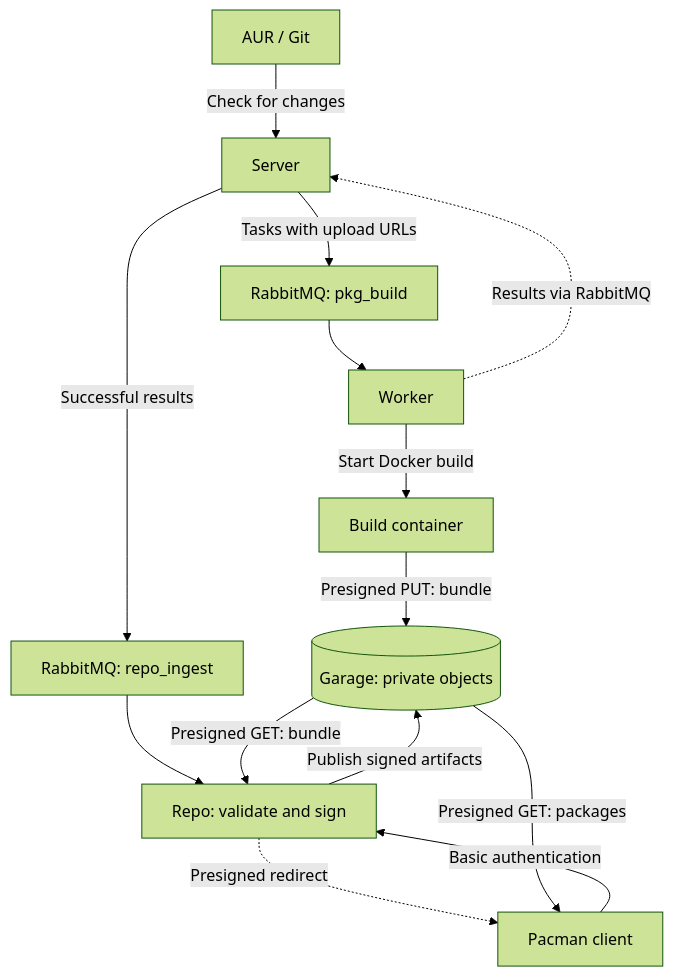
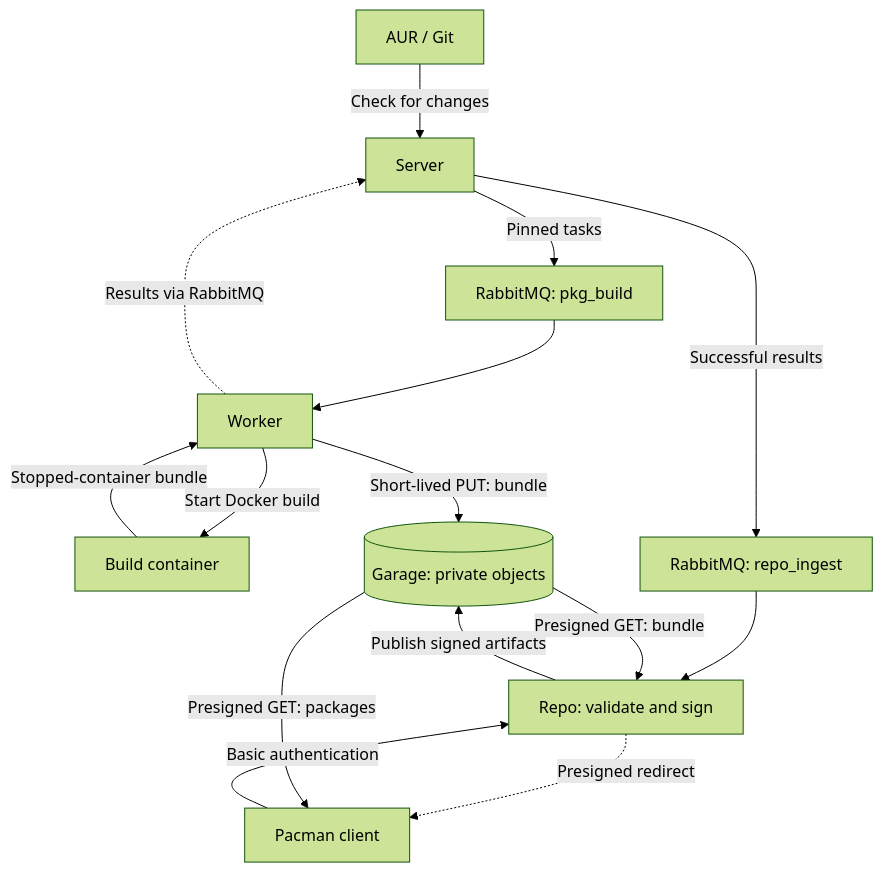
One commit to neferin12/aur-builder changed the diagram in docs/guide/architecture.md. Above: the diagram before and after it, drawn with Mermaid (forest theme). The commit also changed other lines of this file and 111 other files, not shown here.

````diff
--- a/docs/guide/architecture.md
+++ b/docs/guide/architecture.md
@@ -5,19 +5,20 @@
 ```mermaid
 flowchart TB
     accTitle: AUR Builder architecture
-    accDescr: The server schedules Docker builds through RabbitMQ. Build containers upload private bundles to Garage. The repo service validates, signs and publishes packages. Authenticated pacman clients receive signed redirects to Garage.
+    accDescr: The server schedules Docker builds through RabbitMQ. Workers collect completed bundles and upload them to Garage. The repo service validates, signs and publishes packages. Authenticated pacman clients receive signed redirects to Garage.
 
     sources["AUR / Git"] -->|Check for changes| server["Server"]
-    server -->|Tasks with upload URLs| tasks["RabbitMQ: pkg_build"]
+    server -->|Pinned tasks| tasks["RabbitMQ: pkg_build"]
     tasks --> worker["Worker"]
     worker -->|Start Docker build| builder["Build container"]
-    builder -->|Presigned PUT: bundle| storage[("Garage: private objects")]
+    builder -->|Stopped-container bundle| worker
+    worker -->|Short-lived PUT: bundle| storage[("Garage: private objects")]
     worker -.->|Results via RabbitMQ| server
     server -->|Successful results| ingest["RabbitMQ: repo_ingest"]
     ingest --> repo["Repo: validate and sign"]
     storage -->|Presigned GET: bundle| repo
     repo -->|Publish signed artifacts| storage
     client["Pacman client"] -->|Basic authentication| repo
     repo -.->|Presigned redirect| client
     storage -->|Presigned GET: packages| client
 ```
````
